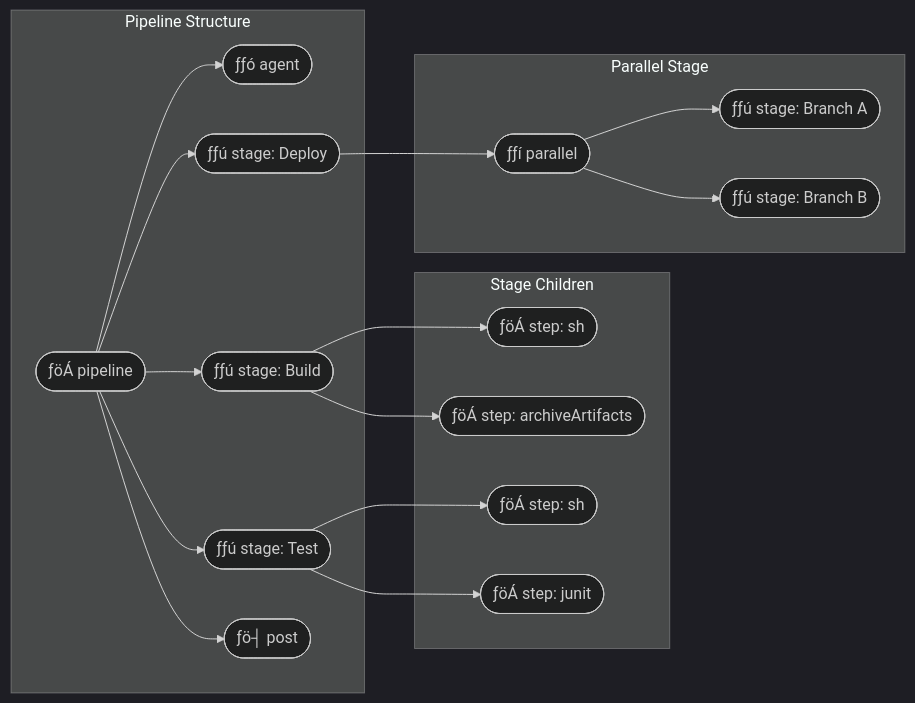
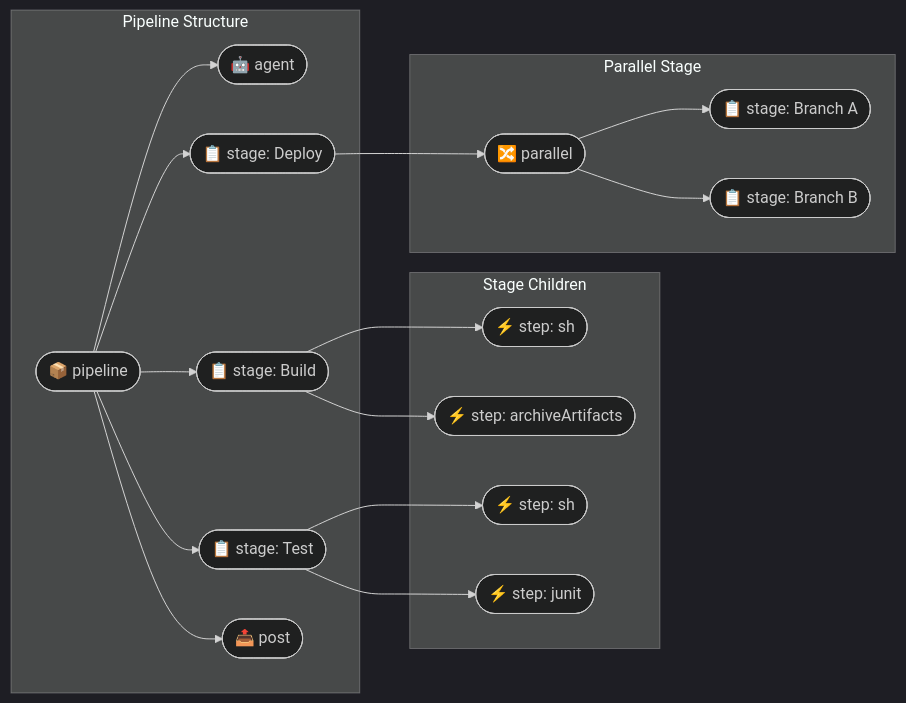
One commit to PlanesZwalker/vscode-jenkins-node-editor changed the fifth of 5 diagrams in README.md. Above: the diagram before and after it, drawn with Mermaid (dark theme). The commit also changed other lines of this file, not shown here.

````diff
--- a/README.md
+++ b/README.md
@@ -255,23 +255,23 @@
 ```mermaid
 graph LR
     subgraph "Pipeline Structure"
-        P([­ƒöÁ pipeline]) --> A([­ƒƒó agent])
-        P --> S1([­ƒƒú stage: Build])
-        P --> S2([­ƒƒú stage: Test])
-        P --> S3([­ƒƒú stage: Deploy])
-        P --> POST([­ƒö┤ post])
+        P([📦 pipeline]) --> A([🤖 agent])
+        P --> S1([📋 stage: Build])
+        P --> S2([📋 stage: Test])
+        P --> S3([📋 stage: Deploy])
+        P --> POST([📤 post])
     end
 
     subgraph "Stage Children"
-        S1 --> ST1([­ƒöÁ step: sh])
-        S1 --> ST2([­ƒöÁ step: archiveArtifacts])
-        S2 --> ST3([­ƒöÁ step: sh])
-        S2 --> ST4([­ƒöÁ step: junit])
+        S1 --> ST1([⚡ step: sh])
+        S1 --> ST2([⚡ step: archiveArtifacts])
+        S2 --> ST3([⚡ step: sh])
+        S2 --> ST4([⚡ step: junit])
     end
 
     subgraph "Parallel Stage"
-        S3 --> PAR([­ƒƒí parallel])
-        PAR --> B1([­ƒƒú stage: Branch A])
-        PAR --> B2([­ƒƒú stage: Branch B])
+        S3 --> PAR([🔀 parallel])
+        PAR --> B1([📋 stage: Branch A])
+        PAR --> B2([📋 stage: Branch B])
     end
 ```
````
